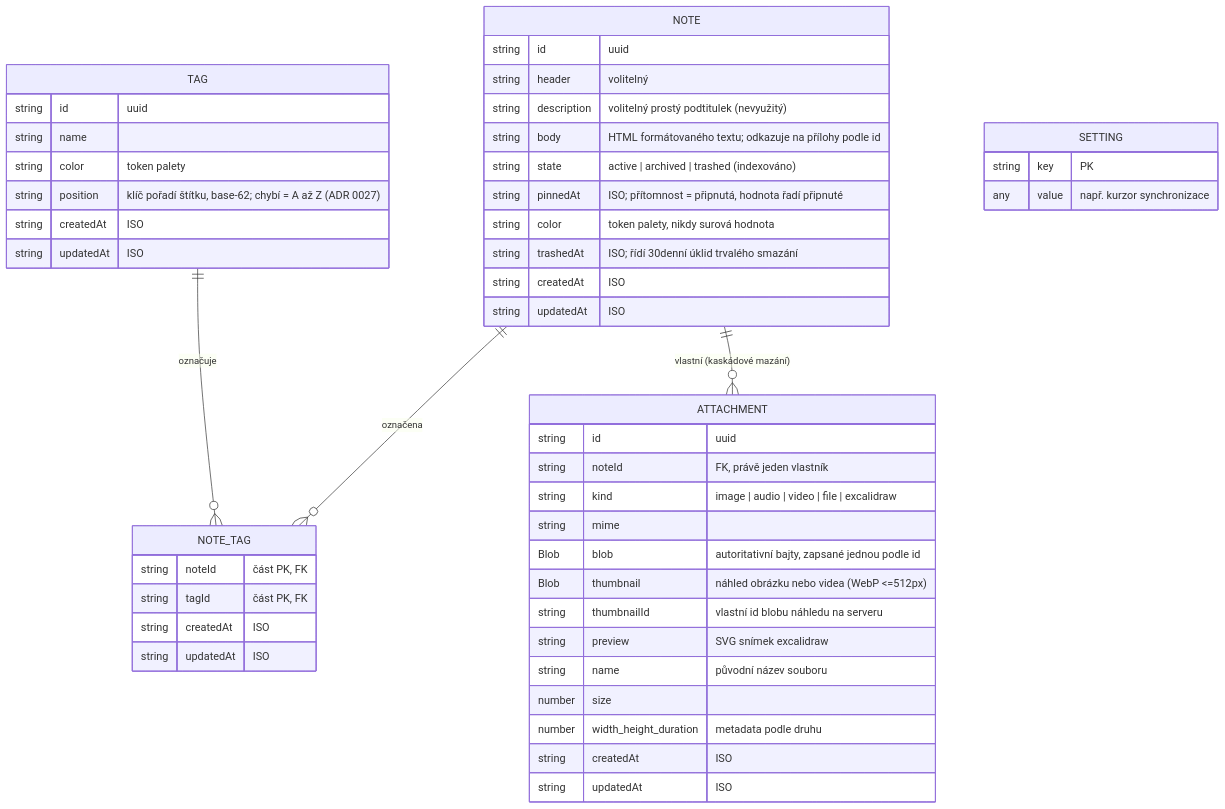
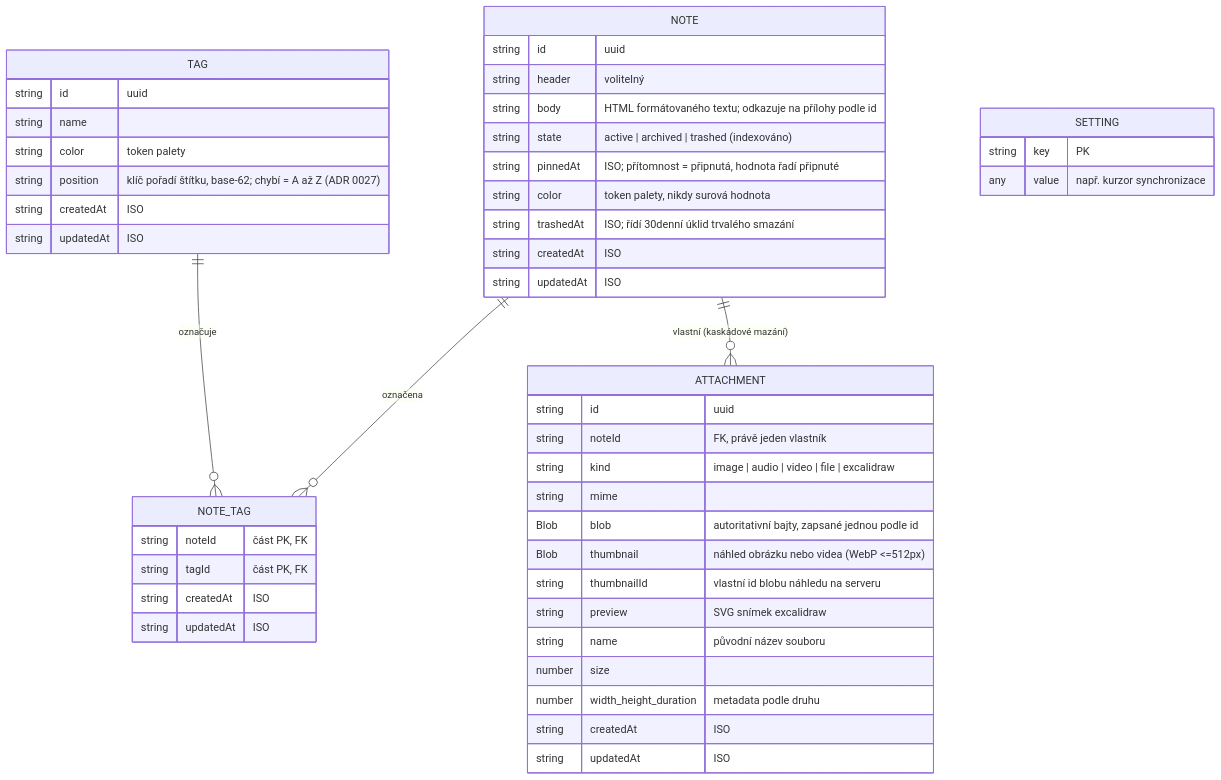
The diagram in docs/cs/architecture/03-database.md (soukupj00/your-notes-fe), drawn with Mermaid before and after one commit. The commit also changed 18 other files, not shown here.

````diff
--- a/docs/cs/architecture/03-database.md
+++ b/docs/cs/architecture/03-database.md
@@ -13,51 +13,50 @@
 ```mermaid
 erDiagram
     NOTE ||--o{ NOTE_TAG : "označena"
     TAG ||--o{ NOTE_TAG : "označuje"
     NOTE ||--o{ ATTACHMENT : "vlastní (kaskádové mazání)"
     NOTE {
         string id "uuid"
         string header "volitelný"
-        string description "volitelný prostý podtitulek (nevyužitý)"
         string body "HTML formátovaného textu; odkazuje na přílohy podle id"
         string state "active | archived | trashed (indexováno)"
         string pinnedAt "ISO; přítomnost = připnutá, hodnota řadí připnuté"
         string color "token palety, nikdy surová hodnota"
         string trashedAt "ISO; řídí 30denní úklid trvalého smazání"
         string createdAt "ISO"
         string updatedAt "ISO"
     }
     TAG {
         string id "uuid"
         string name
         string color "token palety"
         string position "klíč pořadí štítku, base-62; chybí = A až Z (ADR 0027)"
         string createdAt "ISO"
         string updatedAt "ISO"
     }
     NOTE_TAG {
         string noteId "část PK, FK"
         string tagId "část PK, FK"
         string createdAt "ISO"
         string updatedAt "ISO"
     }
     ATTACHMENT {
         string id "uuid"
         string noteId "FK, právě jeden vlastník"
         string kind "image | audio | video | file | excalidraw"
         string mime
         Blob blob "autoritativní bajty, zapsané jednou podle id"
         Blob thumbnail "náhled obrázku nebo videa (WebP <=512px)"
         string thumbnailId "vlastní id blobu náhledu na serveru"
         string preview "SVG snímek excalidraw"
         string name "původní název souboru"
         number size
         number width_height_duration "metadata podle druhu"
         string createdAt "ISO"
         string updatedAt "ISO"
     }
     SETTING {
         string key "PK"
         any value "např. kurzor synchronizace"
     }
 ```
````
